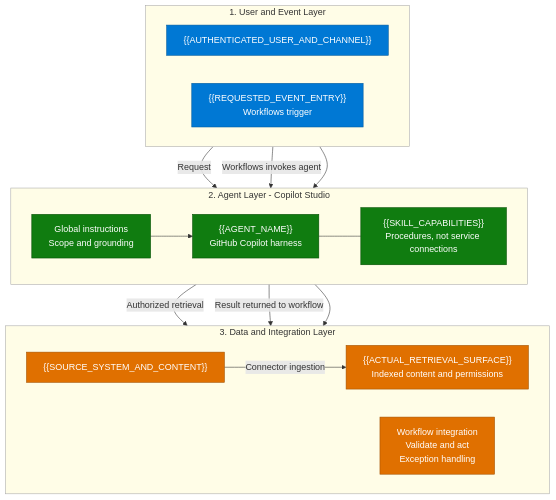
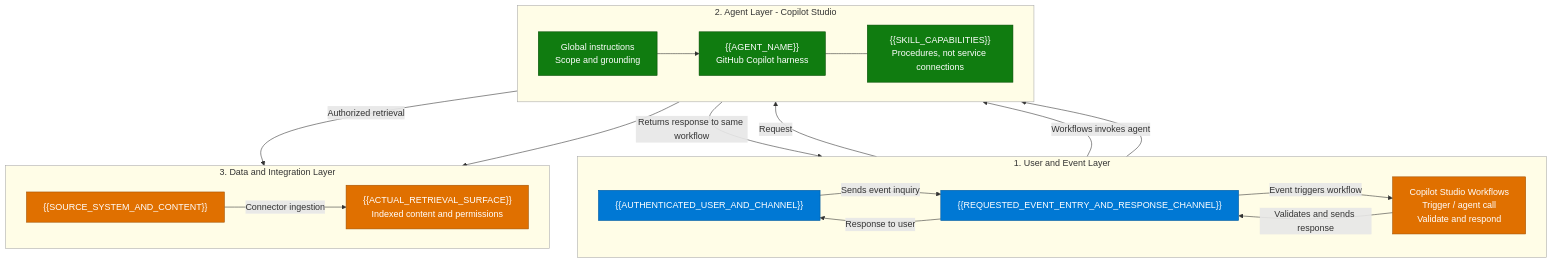
One commit to petepuu/ai-agent-runbooks changed the first of 3 diagrams in .github/skills/ghcp-scenario-authoring/templates/2.Architecture.md. Above: the diagram before and after it, drawn with Mermaid. The commit also changed other lines of this file and 4 other files, not shown here.

````diff
--- a/.github/skills/ghcp-scenario-authoring/templates/2.Architecture.md
+++ b/.github/skills/ghcp-scenario-authoring/templates/2.Architecture.md
@@ -15,40 +15,44 @@
 ```mermaid
 flowchart TB
     subgraph USER["1. User and Event Layer"]
         direction LR
         U["{{AUTHENTICATED_USER_AND_CHANNEL}}"]
-        W["{{REQUESTED_EVENT_ENTRY}}<br/>Workflows trigger"]
+        M["{{REQUESTED_EVENT_ENTRY_AND_RESPONSE_CHANNEL}}"]
+        W["Copilot Studio Workflows<br/>Trigger / agent call<br/>Validate and respond"]
     end
     subgraph AGENT["2. Agent Layer - Copilot Studio"]
         direction LR
         I["Global instructions<br/>Scope and grounding"]
         A["{{AGENT_NAME}}<br/>GitHub Copilot harness"]
         S["{{SKILL_CAPABILITIES}}<br/>Procedures, not service connections"]
     end
     subgraph DATA["3. Data and Integration Layer"]
         direction LR
         K["{{ACTUAL_RETRIEVAL_SURFACE}}<br/>Indexed content and permissions"]
         SRC["{{SOURCE_SYSTEM_AND_CONTENT}}"]
-        D["Workflow integration<br/>Validate and act<br/>Exception handling"]
     end
     USER --> AGENT
     AGENT --> DATA
     U -->|"Request"| A
+    U -->|"Sends event inquiry"| M
+    M -->|"Event triggers workflow"| W
     W -->|"Workflows invokes agent"| A
+    A -->|"Returns response to same workflow"| W
+    W -->|"Validates and sends response"| M
+    M -->|"Response to user"| U
     I --> A
     A --- S
     A -->|"Authorized retrieval"| K
     SRC -->|"Connector ingestion"| K
-    A -->|"Result returned to workflow"| D
     style U fill:#0078D4,color:#fff,stroke:#005A9E
-    style W fill:#0078D4,color:#fff,stroke:#005A9E
+    style M fill:#0078D4,color:#fff,stroke:#005A9E
+    style W fill:#E07000,color:#fff,stroke:#A05000
     style A fill:#107C10,color:#fff,stroke:#004B00
     style I fill:#107C10,color:#fff,stroke:#004B00
     style S fill:#107C10,color:#fff,stroke:#004B00
     style K fill:#E07000,color:#fff,stroke:#A05000
     style SRC fill:#E07000,color:#fff,stroke:#A05000
-    style D fill:#E07000,color:#fff,stroke:#A05000
     style USER fill:#fffde7,stroke:#aaa
     style AGENT fill:#fffde7,stroke:#aaa
     style DATA fill:#fffde7,stroke:#aaa
 ```
````
